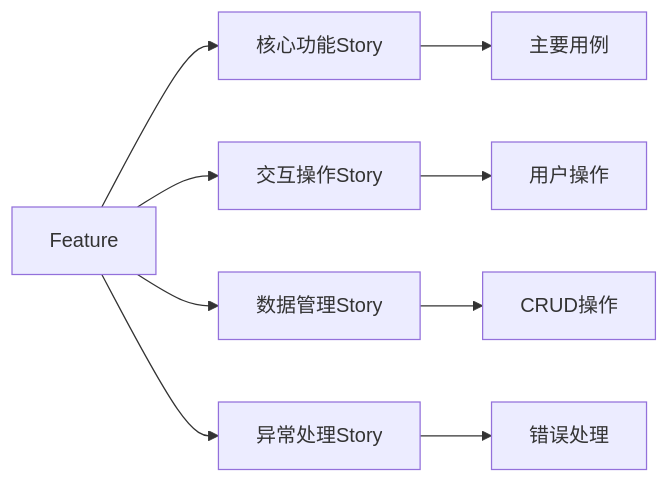
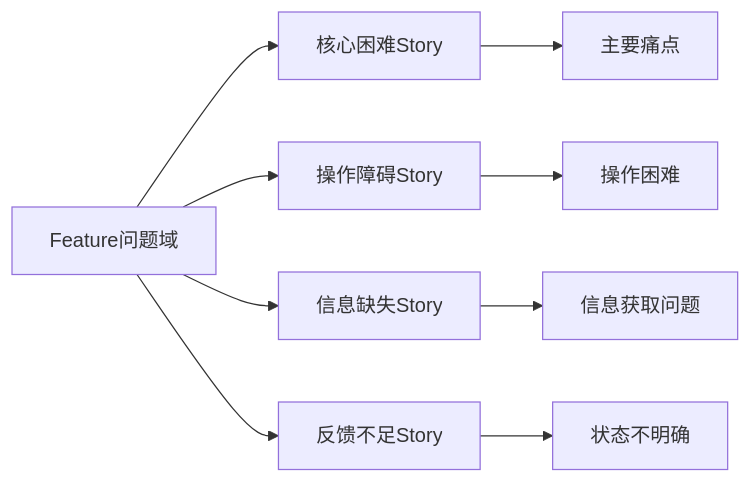
One commit to yuyuan-cs/PromptX changed the third of 3 diagrams in domain/scrum/execution/feature-best-practice.execution.md. Above: the diagram before and after it, drawn with Mermaid. The commit also changed other lines of this file and 8 other files, not shown here.

````diff
--- a/domain/scrum/execution/feature-best-practice.execution.md
+++ b/domain/scrum/execution/feature-best-practice.execution.md
@@ -67,12 +138,12 @@
     ```mermaid
     flowchart LR
-      A[Feature] --> B[核心功能Story]
-      A --> C[交互操作Story]
-      A --> D[数据管理Story]
-      A --> E[异常处理Story]
+      A[Feature问题域] --> B[核心困难Story]
+      A --> C[操作障碍Story]  
+      A --> D[信息缺失Story]
+      A --> E[反馈不足Story]
       
-      B --> B1[主要用例]
-      C --> C1[用户操作]
-      D --> D1[CRUD操作]
-      E --> E1[错误处理]
+      B --> B1[主要痛点]
+      C --> C1[操作困难]
+      D --> D1[信息获取问题]
+      E --> E1[状态不明确]
     ```
````
